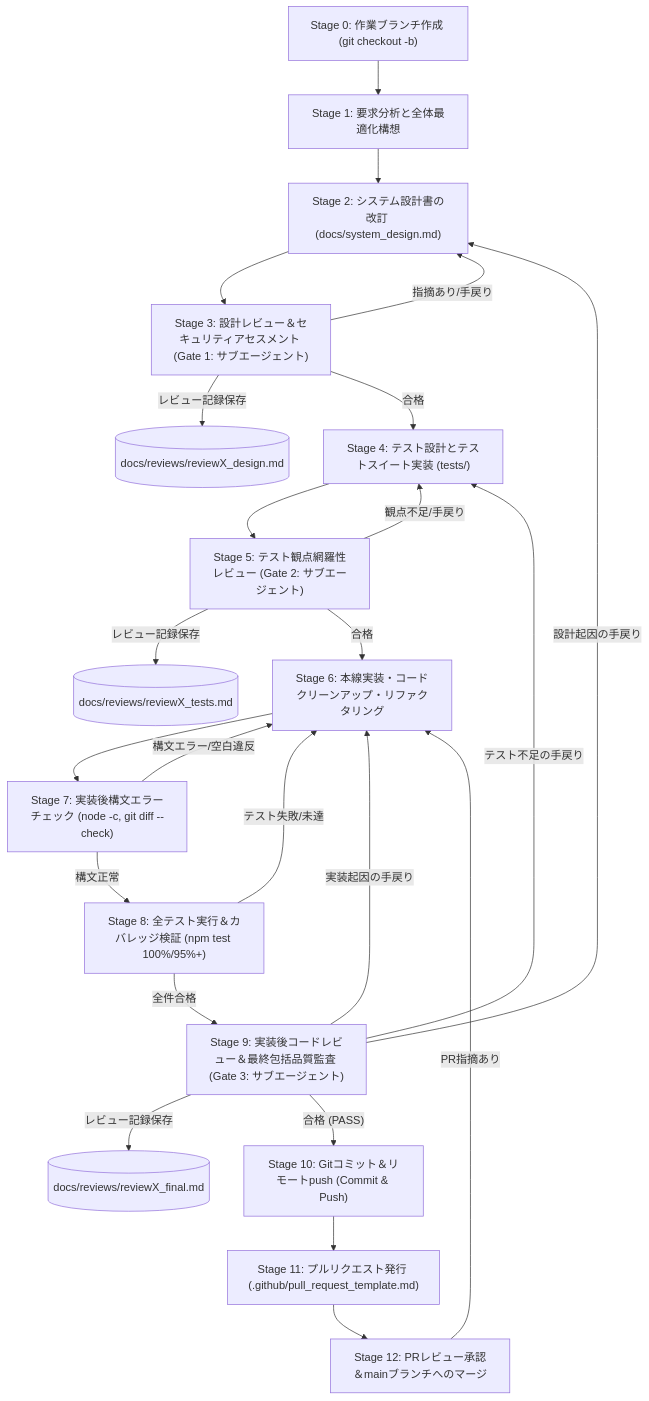
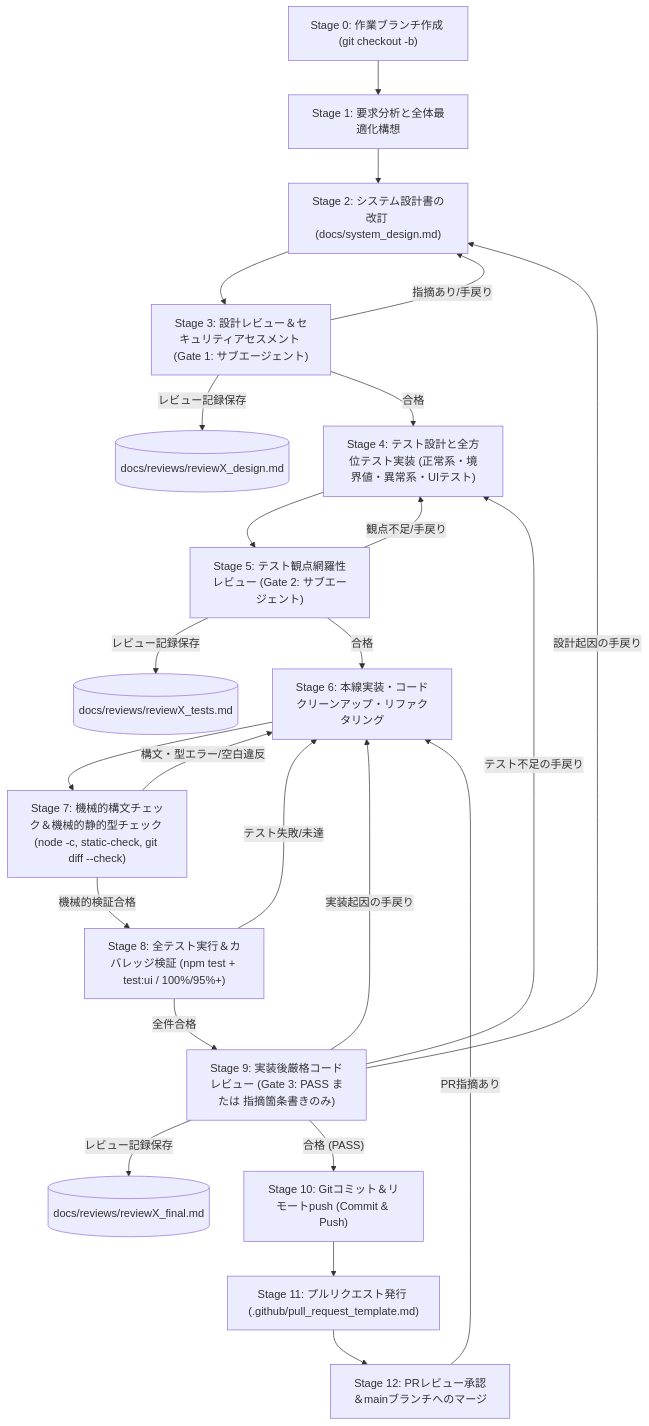
One commit to tekuteku-life/kogaidocs changed the first of 2 diagrams in docs/development_process.md. Above: the diagram before and after it, drawn with Mermaid. The commit also changed other lines of this file and 6 other files, not shown here.

First line of the commit message:
test(ui): add headless Chrome UI tests and update development process specification

````diff
--- a/docs/development_process.md
+++ b/docs/development_process.md
@@ -40,26 +44,26 @@
 ```mermaid
 flowchart TD
 	S0["Stage 0: 作業ブランチ作成 (git checkout -b)"] --> S1["Stage 1: 要求分析と全体最適化構想"]
 	S1 --> S2["Stage 2: システム設計書の改訂 (docs/system_design.md)"]
 	S2 --> S3["Stage 3: 設計レビュー＆セキュリティアセスメント (Gate 1: サブエージェント)"]
 	S3 -->|レビュー記録保存| D1[("docs/reviews/reviewX_design.md")]
 	S3 -- "指摘あり/手戻り" --> S2
-	S3 -- "合格" --> S4["Stage 4: テスト設計とテストスイート実装 (tests/)"]
+	S3 -- "合格" --> S4["Stage 4: テスト設計と全方位テスト実装 (正常系・境界値・異常系・UIテスト)"]
 	S4 --> S5["Stage 5: テスト観点網羅性レビュー (Gate 2: サブエージェント)"]
 	S5 -->|レビュー記録保存| D2[("docs/reviews/reviewX_tests.md")]
 	S5 -- "観点不足/手戻り" --> S4
 	S5 -- "合格" --> S6["Stage 6: 本線実装・コードクリーンアップ・リファクタリング"]
-	S6 --> S7["Stage 7: 実装後構文エラーチェック (node -c, git diff --check)"]
-	S7 -- "構文エラー/空白違反" --> S6
-	S7 -- "構文正常" --> S8["Stage 8: 全テスト実行＆カバレッジ検証 (npm test 100%/95%+)"]
+	S6 --> S7["Stage 7: 機械的構文チェック＆機械的静的型チェック (node -c, static-check, git diff --check)"]
+	S7 -- "構文・型エラー/空白違反" --> S6
+	S7 -- "機械的検証合格" --> S8["Stage 8: 全テスト実行＆カバレッジ検証 (npm test + test:ui / 100%/95%+)"]
 	S8 -- "テスト失敗/未達" --> S6
-	S8 -- "全件合格" --> S9["Stage 9: 実装後コードレビュー＆最終包括品質監査 (Gate 3: サブエージェント)"]
+	S8 -- "全件合格" --> S9["Stage 9: 実装後厳格コードレビュー (Gate 3: PASS または 指摘箇条書きのみ)"]
 	S9 -->|レビュー記録保存| D3[("docs/reviews/reviewX_final.md")]
 	S9 -- "設計起因の手戻り" --> S2
 	S9 -- "テスト不足の手戻り" --> S4
 	S9 -- "実装起因の手戻り" --> S6
 	S9 -- "合格 (PASS)" --> S10["Stage 10: Gitコミット＆リモートpush (Commit & Push)"]
 	S10 --> S11["Stage 11: プルリクエスト発行 (.github/pull_request_template.md)"]
 	S11 --> S12["Stage 12: PRレビュー承認＆mainブランチへのマージ"]
 	S12 -- "PR指摘あり" --> S6
 ```
````
